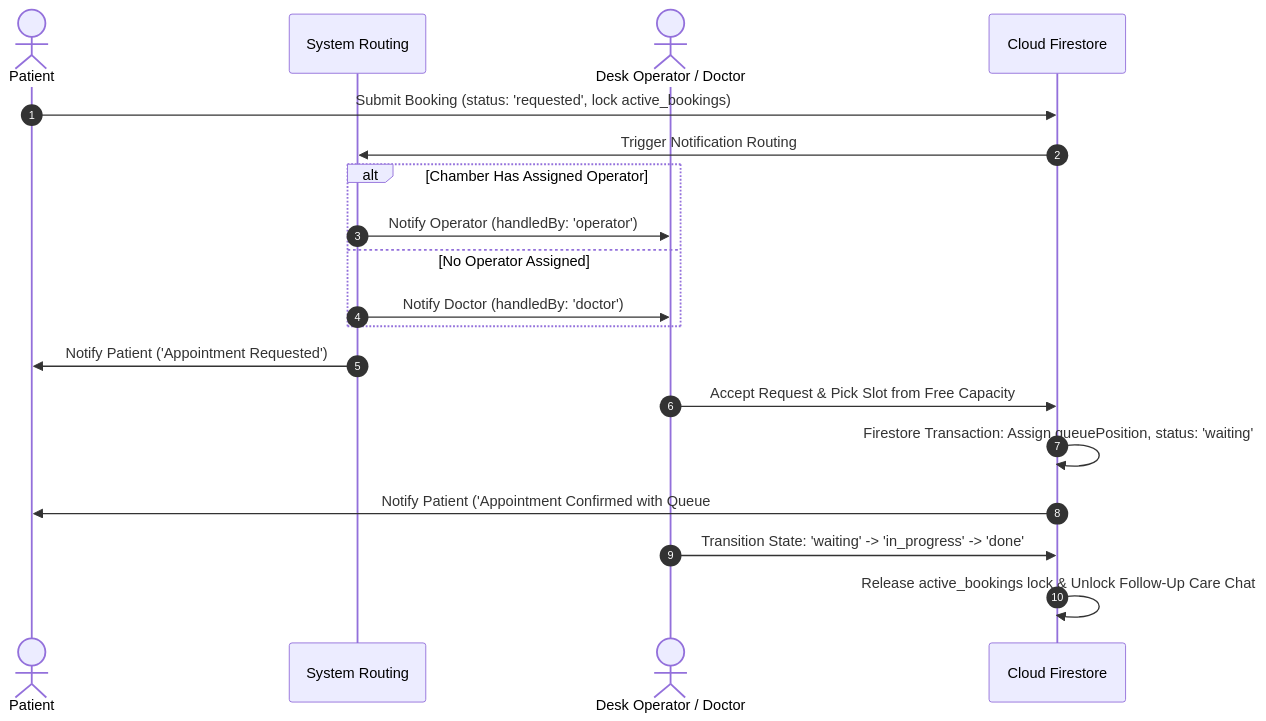
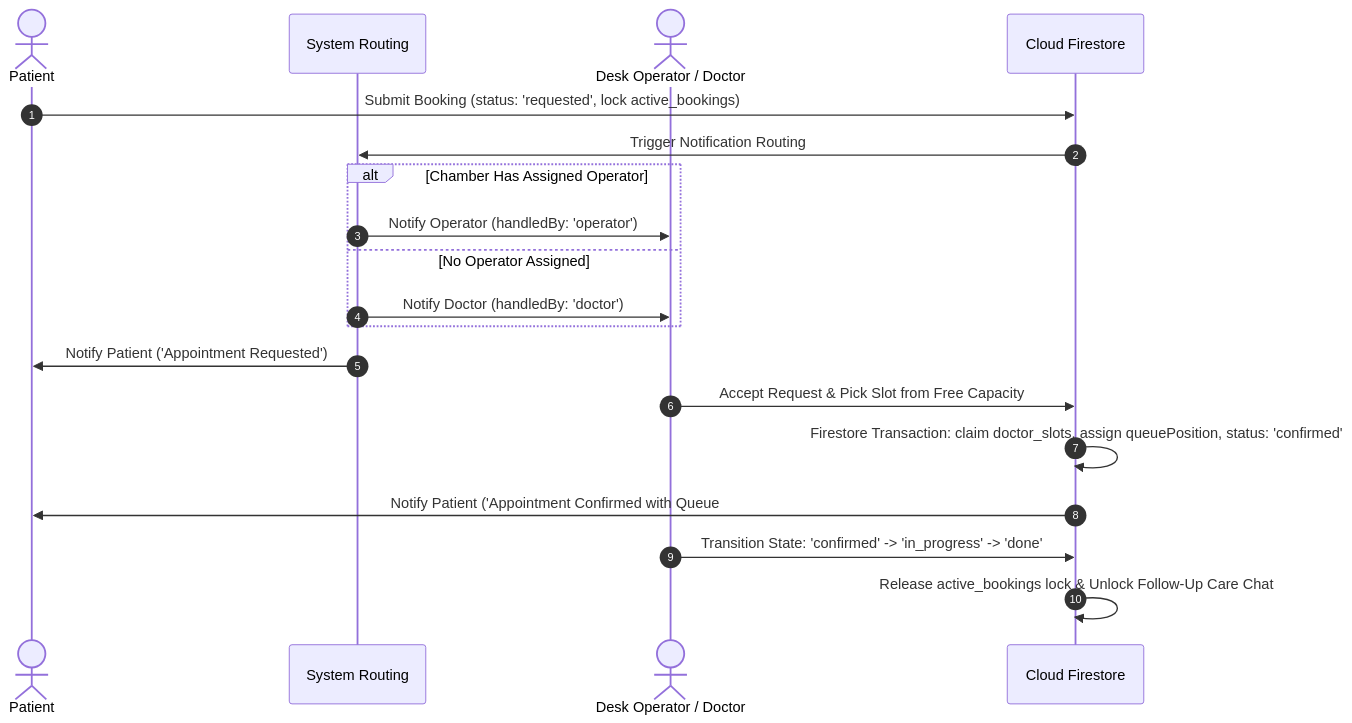
Before and after one commit to Mashrafi-Elahi/doctordesk_mobile: the sixth of 8 diagrams in docs/SRS.md, drawn with Mermaid. The commit also changed other lines of this file and 54 other files, not shown here.

````diff
--- a/docs/SRS.md
+++ b/docs/SRS.md
@@ -393,22 +399,22 @@
 ```mermaid
 sequenceDiagram
     autonumber
     actor Patient
     participant System as System Routing
     actor Desk as Desk Operator / Doctor
     participant DB as Cloud Firestore
 
     Patient->>DB: Submit Booking (status: 'requested', lock active_bookings)
     DB->>System: Trigger Notification Routing
     alt Chamber Has Assigned Operator
         System->>Desk: Notify Operator (handledBy: 'operator')
     else No Operator Assigned
         System->>Desk: Notify Doctor (handledBy: 'doctor')
     end
     System->>Patient: Notify Patient ('Appointment Requested')
     Desk->>DB: Accept Request & Pick Slot from Free Capacity
-    DB->>DB: Firestore Transaction: Assign queuePosition, status: 'waiting'
+    DB->>DB: Firestore Transaction: claim doctor_slots, assign queuePosition, status: 'confirmed'
     DB->>Patient: Notify Patient ('Appointment Confirmed with Queue #')
-    Desk->>DB: Transition State: 'waiting' -> 'in_progress' -> 'done'
+    Desk->>DB: Transition State: 'confirmed' -> 'in_progress' -> 'done'
     DB->>DB: Release active_bookings lock & Unlock Follow-Up Care Chat
 ```
````
